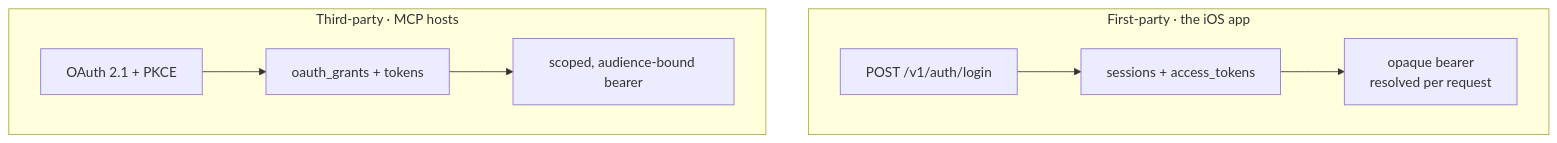
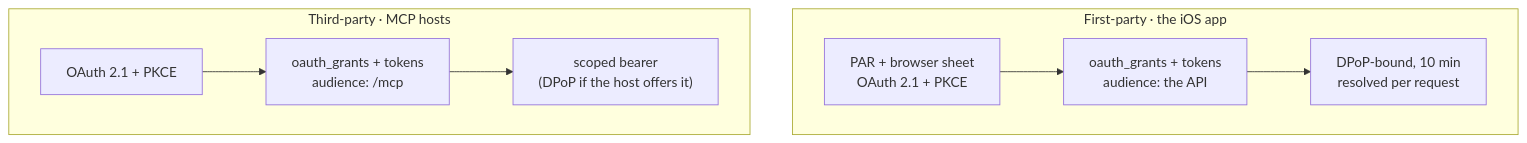
The fourth of 7 diagrams in docs/architecture.md (ksypinro/MCP-UI), drawn with Mermaid before and after one commit. The commit also changed other lines of this file and 52 other files, not shown here.

````diff
--- a/docs/architecture.md
+++ b/docs/architecture.md
@@ -199,13 +199,13 @@
 ```mermaid
 graph TB
     subgraph fp [First-party · the iOS app]
         direction LR
-        f1["POST /v1/auth/login"] --> f2["sessions + access_tokens"]
-        f2 --> f3["opaque bearer<br/>resolved per request"]
+        f1["PAR + browser sheet<br/>OAuth 2.1 + PKCE"] --> f2["oauth_grants + tokens<br/>audience: the API"]
+        f2 --> f3["DPoP-bound, 10 min<br/>resolved per request"]
     end
     subgraph tp [Third-party · MCP hosts]
         direction LR
-        t1["OAuth 2.1 + PKCE"] --> t2["oauth_grants + tokens"]
-        t2 --> t3["scoped, audience-bound bearer"]
+        t1["OAuth 2.1 + PKCE"] --> t2["oauth_grants + tokens<br/>audience: /mcp"]
+        t2 --> t3["scoped bearer<br/>(DPoP if the host offers it)"]
     end
 ```
````
